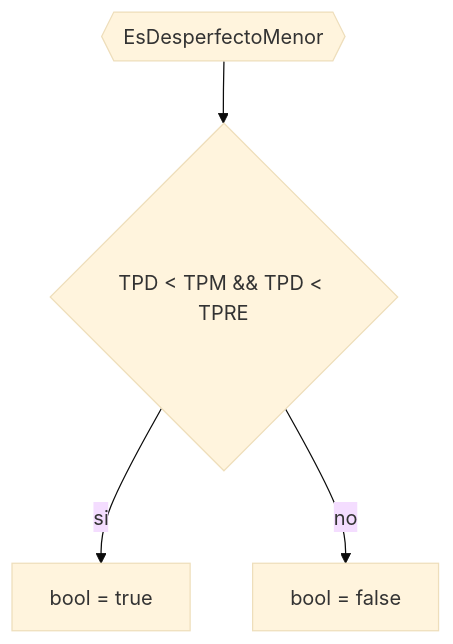
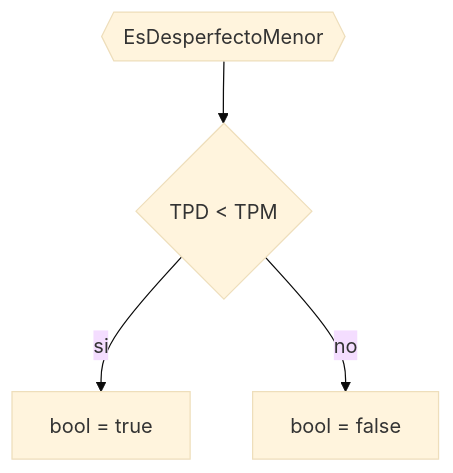
Before and after one commit to JuanManuelPrividera/TP-Simu: the diagram in docs/Diagramas/init/EsDesperfectoMenor.mermaid, drawn with Mermaid (base theme). The commit also changed 32 other files, not shown here.

```diff
--- a/docs/Diagramas/init/EsDesperfectoMenor.mermaid
+++ b/docs/Diagramas/init/EsDesperfectoMenor.mermaid
@@ -1,4 +1,4 @@
 flowchart TD
-    aa{{EsDesperfectoMenor}} --> if0{"TPD < TPM && TPD < TPRE"}
+    aa{{EsDesperfectoMenor}} --> if0{"TPD < TPM"}
     if0 --> |si| a[bool = true]
     if0 --> |no| a1[bool = false]
```
